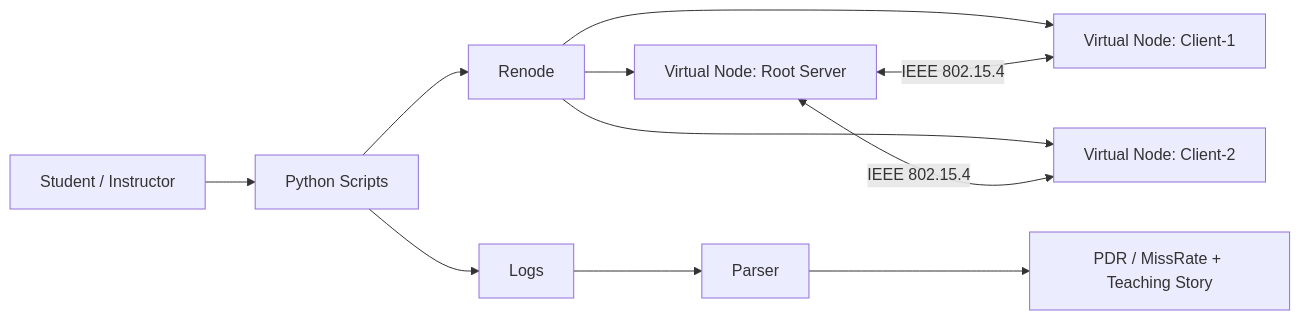
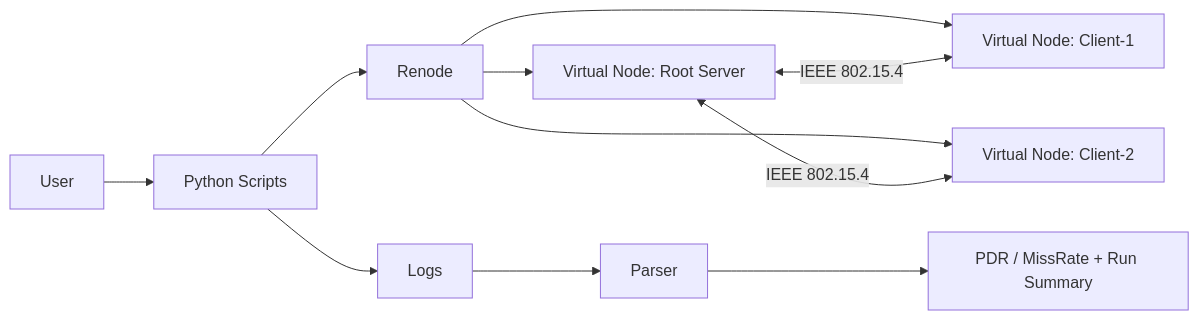
Before and after one commit to lucadagati/contiki-rpl-lab: the first of 5 diagrams in README.md, drawn with Mermaid. The commit also changed other lines of this file, not shown here.

````diff
--- a/README.md
+++ b/README.md
@@ -17,13 +17,13 @@
 ```mermaid
 flowchart LR
-    A[Student / Instructor] --> B[Python Scripts]
+    A[User] --> B[Python Scripts]
     B --> C[Renode]
     C --> D[Virtual Node: Root Server]
     C --> E[Virtual Node: Client-1]
     C --> F[Virtual Node: Client-2]
     D <-- IEEE 802.15.4 --> E
     D <-- IEEE 802.15.4 --> F
     B --> G[Logs]
     G --> H[Parser]
-    H --> I[PDR / MissRate + Teaching Story]
+    H --> I[PDR / MissRate + Run Summary]
 ```
````
